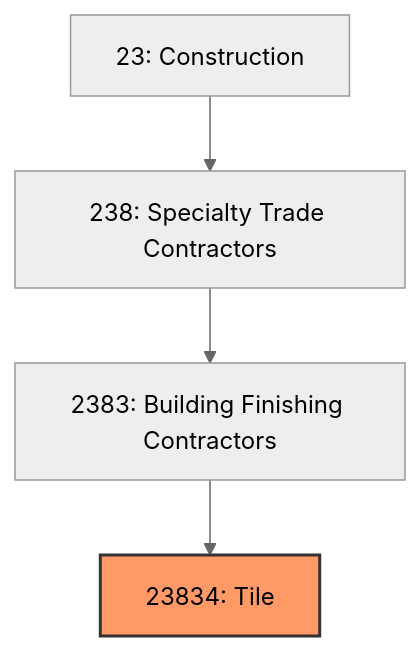
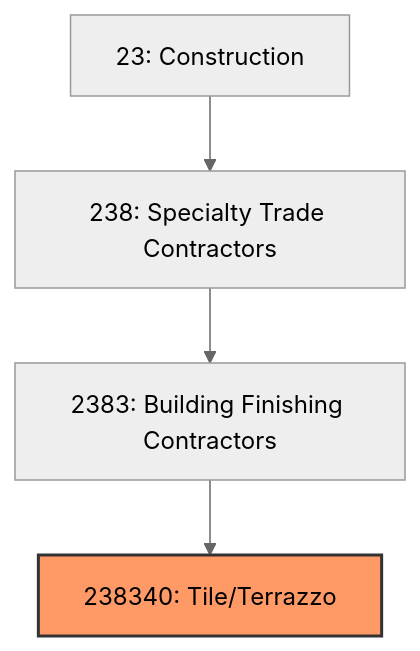
One commit to kziemski/business.org.ai changed the first of 3 diagrams in industries/Construction/SpecialtyTradeContractors/BuildingFinishingContractors/Tile.mdx. Above: the diagram before and after it, drawn with Mermaid (neutral theme). The commit also changed other lines of this file and 20 other files, not shown here.

````diff
--- a/industries/Construction/SpecialtyTradeContractors/BuildingFinishingContractors/Tile.mdx
+++ b/industries/Construction/SpecialtyTradeContractors/BuildingFinishingContractors/Tile.mdx
@@ -20,8 +36,8 @@
 ```mermaid
 graph TD
     S23["23: Construction"]
     S23 --> N238["238: Specialty Trade Contractors"]
     N238 --> N2383["2383: Building Finishing Contractors"]
-    N2383 --> N23834["23834: Tile"]
-    style N23834 fill:#f96,stroke:#333,stroke-width:2px
+    N2383 --> N238340["238340: Tile/Terrazzo"]
+    style N238340 fill:#f96,stroke:#333,stroke-width:2px
 ```
````
